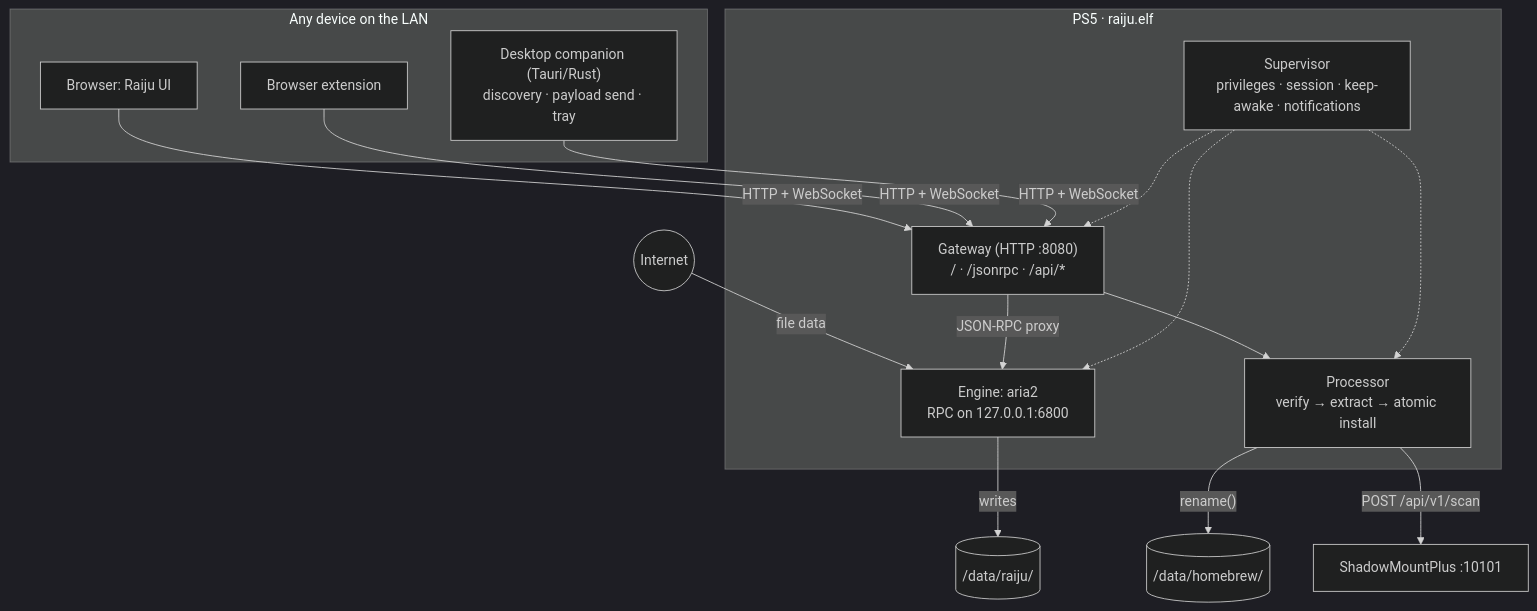
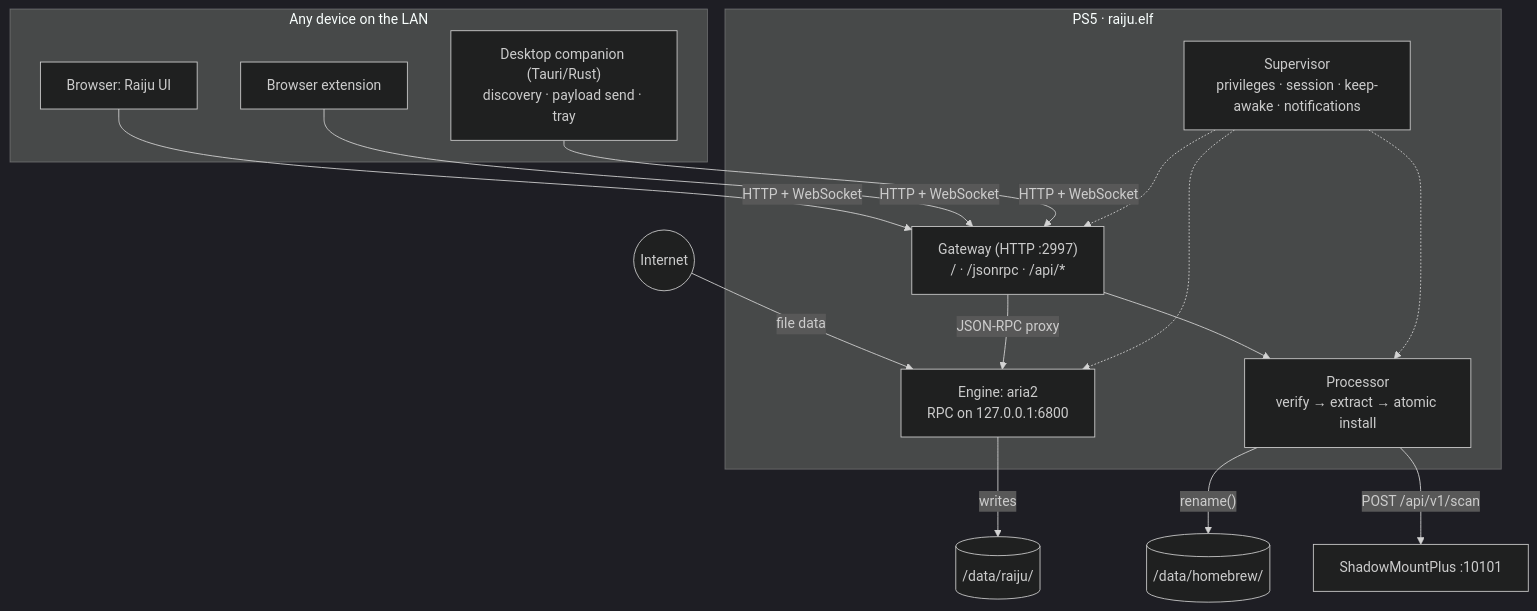
Before and after one commit to feiyunwill/raiju: the first of 2 diagrams in ARCHITECTURE.md, drawn with Mermaid (dark theme). The commit also changed other lines of this file and 22 other files, not shown here.

````diff
--- a/ARCHITECTURE.md
+++ b/ARCHITECTURE.md
@@ -5,24 +5,24 @@
 ```mermaid
 flowchart TB
     subgraph LAN["Any device on the LAN"]
         Browser["Browser: Raiju UI"]
         Ext["Browser extension"]
         Companion["Desktop companion (Tauri/Rust)<br/>discovery · payload send · tray"]
     end
 
     subgraph PS5["PS5 · raiju.elf"]
-        Gateway["Gateway (HTTP :8080)<br/>/ · /jsonrpc · /api/*"]
+        Gateway["Gateway (HTTP :2997)<br/>/ · /jsonrpc · /api/*"]
         Engine["Engine: aria2<br/>RPC on 127.0.0.1:6800"]
         Processor["Processor<br/>verify → extract → atomic install"]
         Supervisor["Supervisor<br/>privileges · session · keep-awake · notifications"]
     end
 
     Internet(("Internet")) -->|file data| Engine
     Browser & Ext & Companion -->|HTTP + WebSocket| Gateway
     Gateway -->|JSON-RPC proxy| Engine
     Gateway --> Processor
     Engine -->|writes| Staging[("/data/raiju/")]
     Processor -->|"rename()"| Homebrew[("/data/homebrew/")]
     Processor -->|"POST /api/v1/scan"| SMP["ShadowMountPlus :10101"]
     Supervisor -.-> Engine & Gateway & Processor
 ```
````
